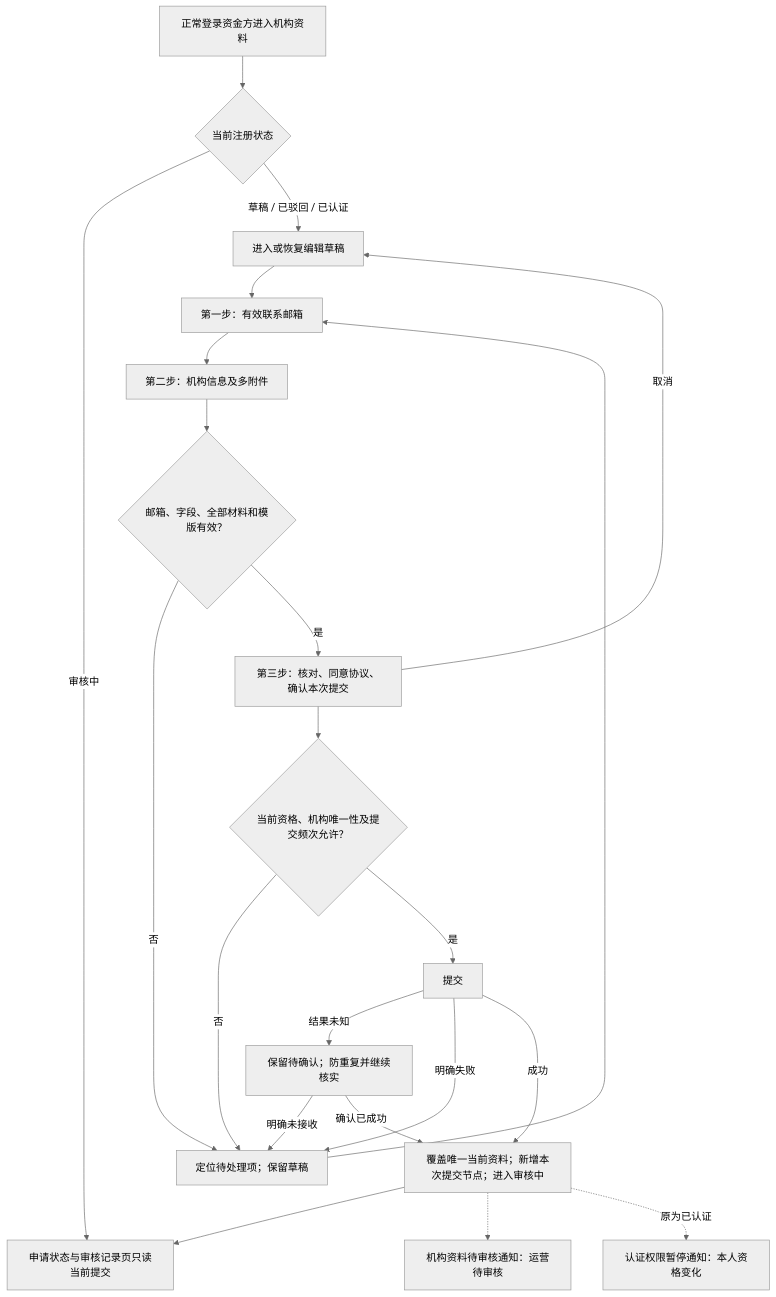
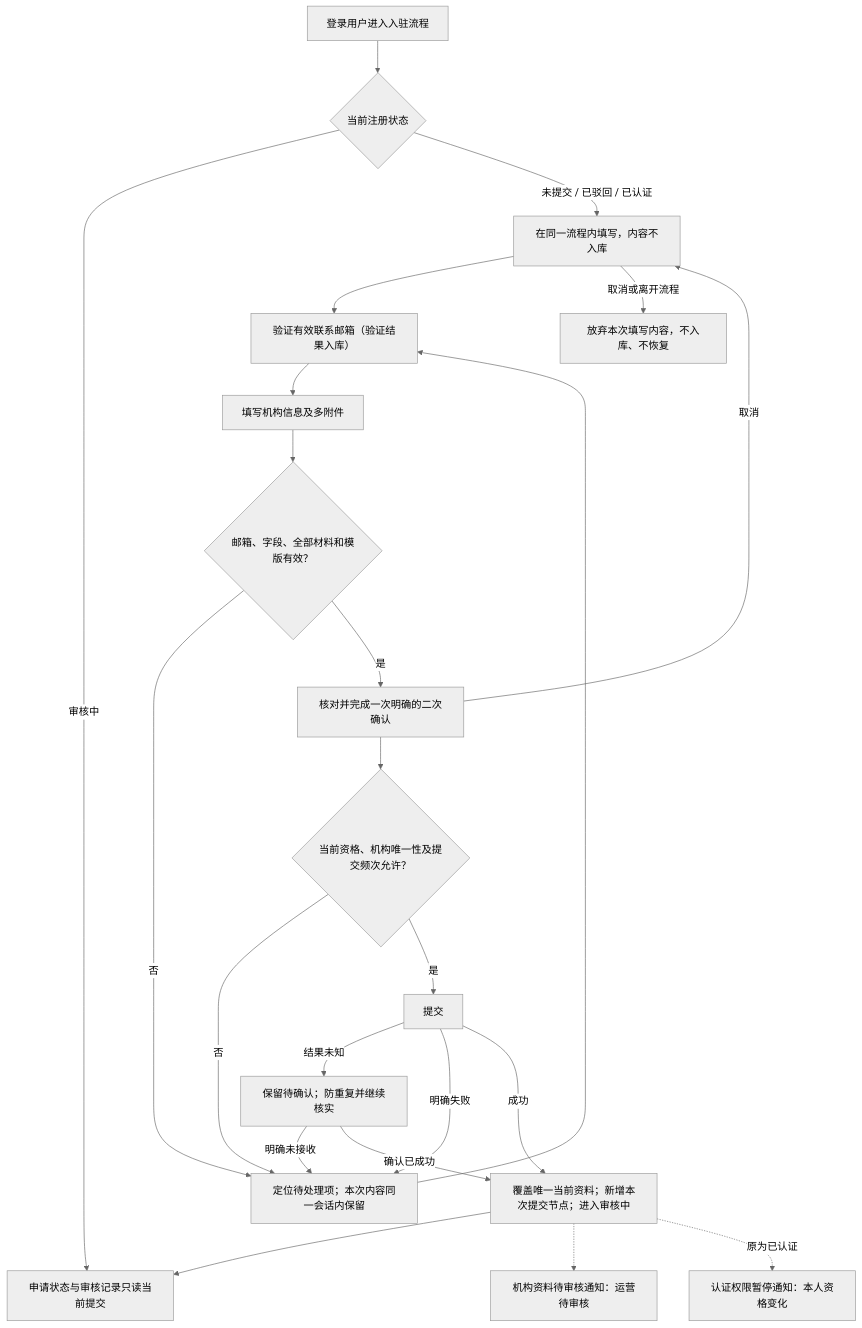
Before and after one commit to wxblockchain/Chain-Financing: the second of 9 diagrams in lending-platform/PRD/v2.0-登录与账户体系/02-资金方登录与账户体系-流程图与状态机.md, drawn with Mermaid (neutral theme). The commit also changed other lines of this file and 5 other files, not shown here.

````diff
--- a/lending-platform/PRD/v2.0-登录与账户体系/02-资金方登录与账户体系-流程图与状态机.md
+++ b/lending-platform/PRD/v2.0-登录与账户体系/02-资金方登录与账户体系-流程图与状态机.md
@@ -47,24 +47,25 @@
 ```mermaid
 flowchart TD
-    A[正常登录资金方进入机构资料] --> B{当前注册状态}
-    B -->|审核中| C[申请状态与审核记录页只读当前提交]
-    B -->|草稿 / 已驳回 / 已认证| D[进入或恢复编辑草稿]
-    D --> E[第一步：有效联系邮箱]
-    E --> F[第二步：机构信息及多附件]
+    A[登录用户进入入驻流程] --> B{当前注册状态}
+    B -->|审核中| C[申请状态与审核记录只读当前提交]
+    B -->|未提交 / 已驳回 / 已认证| D[在同一流程内填写，内容不入库]
+    D --> E[验证有效联系邮箱（验证结果入库）]
+    E --> F[填写机构信息及多附件]
     F --> G{邮箱、字段、全部材料和模版有效？}
-    G -->|否| H[定位待处理项；保留草稿]
+    G -->|否| H[定位待处理项；本次内容同一会话内保留]
     H --> E
-    G -->|是| I[第三步：核对、同意协议、确认本次提交]
+    G -->|是| I[核对并完成一次明确的二次确认]
     I -->|取消| D
+    D -->|取消或离开流程| X[放弃本次填写内容，不入库、不恢复]
     I --> J{当前资格、机构唯一性及提交频次允许？}
     J -->|否| H
     J -->|是| K[提交]
     K -->|结果未知| U[保留待确认；防重复并继续核实]
     U -->|明确未接收| H
     U -->|确认已成功| L
     K -->|明确失败| H
     K -->|成功| L[覆盖唯一当前资料；新增本次提交节点；进入审核中]
     L --> C
     L -.-> O[机构资料待审核通知：运营待审核]
     L -.原为已认证.-> P[认证权限暂停通知：本人资格变化]
 ```
````
